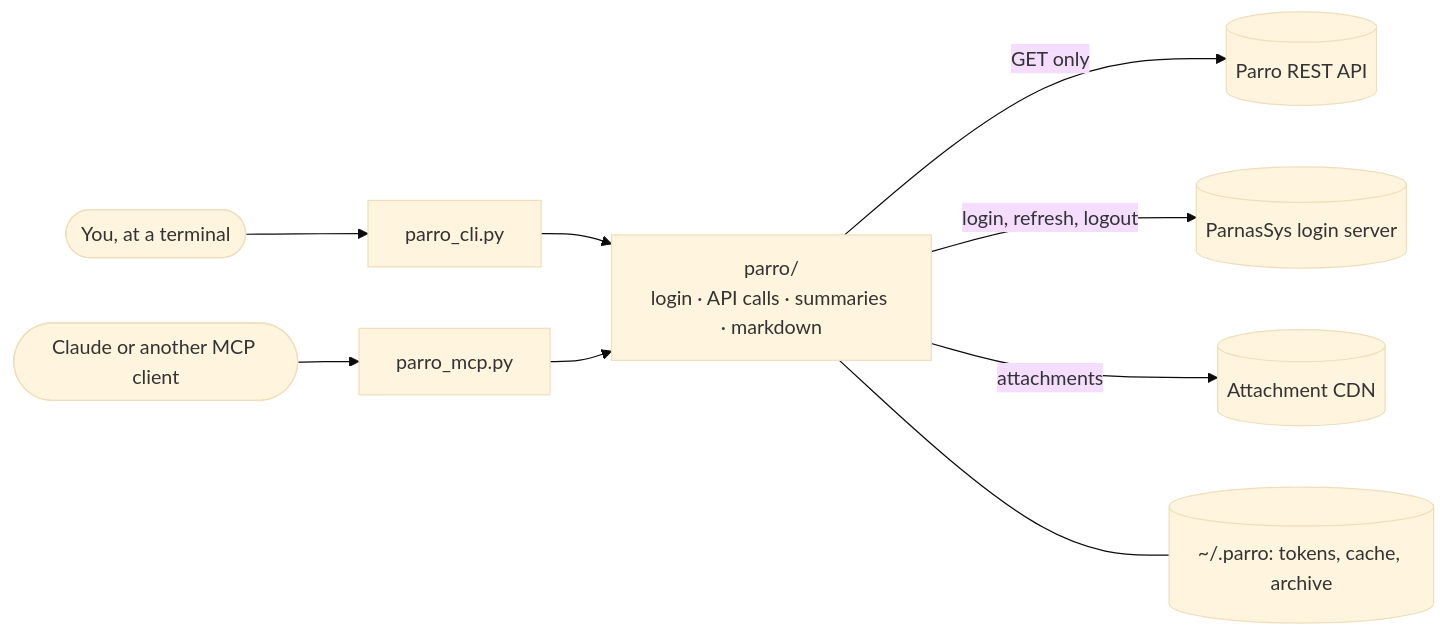
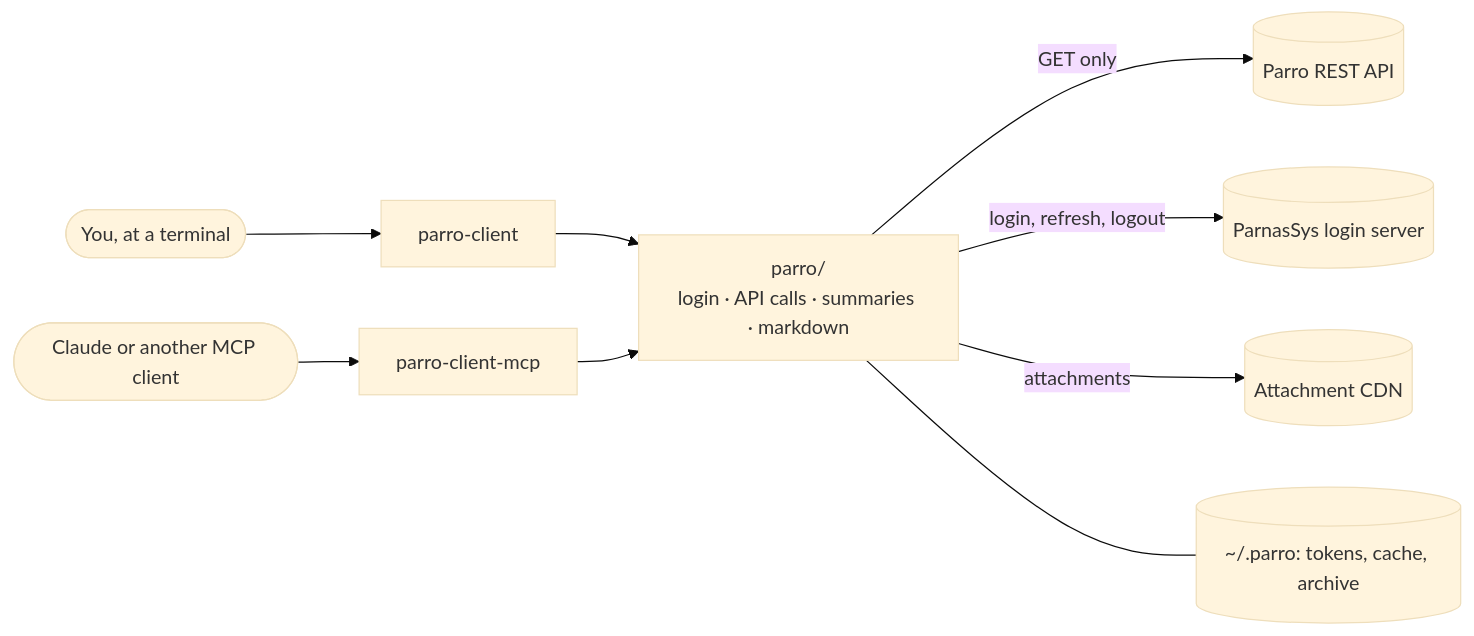
The diagram in README.md (chris-swift-dev/parro-api-client), drawn with Mermaid (base theme) before and after one commit. The commit also changed other lines of this file and 53 other files, not shown here.

First line of the commit message:
Install as a command: parro-client on PyPI (0.5.0) (#6)

````diff
--- a/README.md
+++ b/README.md
@@ -69,11 +79,11 @@
 ```mermaid
 flowchart LR
-  you([You, at a terminal]) --> cli[parro_cli.py]
-  claude([Claude or another MCP client]) --> mcp[parro_mcp.py]
+  you([You, at a terminal]) --> cli[parro-client]
+  claude([Claude or another MCP client]) --> mcp[parro-client-mcp]
   cli --> core["parro/<br>login · API calls · summaries · markdown"]
   mcp --> core
   core -- "GET only" --> api[(Parro REST API)]
   core -- "login, refresh, logout" --> idp[(ParnasSys login server)]
   core -- "attachments" --> cdn[(Attachment CDN)]
   core --- disk[("~/.parro: tokens, cache, archive")]
 ```
````
